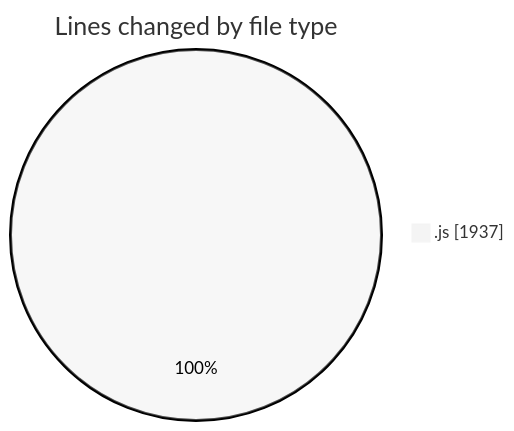
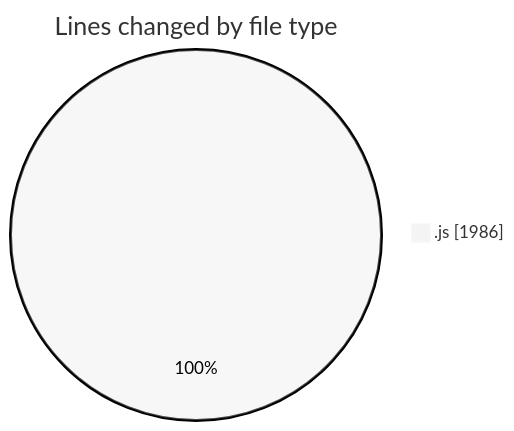
One commit to nxtqubesakshisongat/code-tracking changed the first of 2 diagrams in 2025-08-31/nxtqube_webapp/README.md. Above: the diagram before and after it, drawn with Mermaid (neutral theme). The commit also changed other lines of this file and 1 other file, not shown here.

````diff
--- a/2025-08-31/nxtqube_webapp/README.md
+++ b/2025-08-31/nxtqube_webapp/README.md
@@ -20,5 +20,5 @@
 ```mermaid
 pie showData
 title Lines changed by file type
-".js" : 1937
+".js" : 1986
 ```
````
